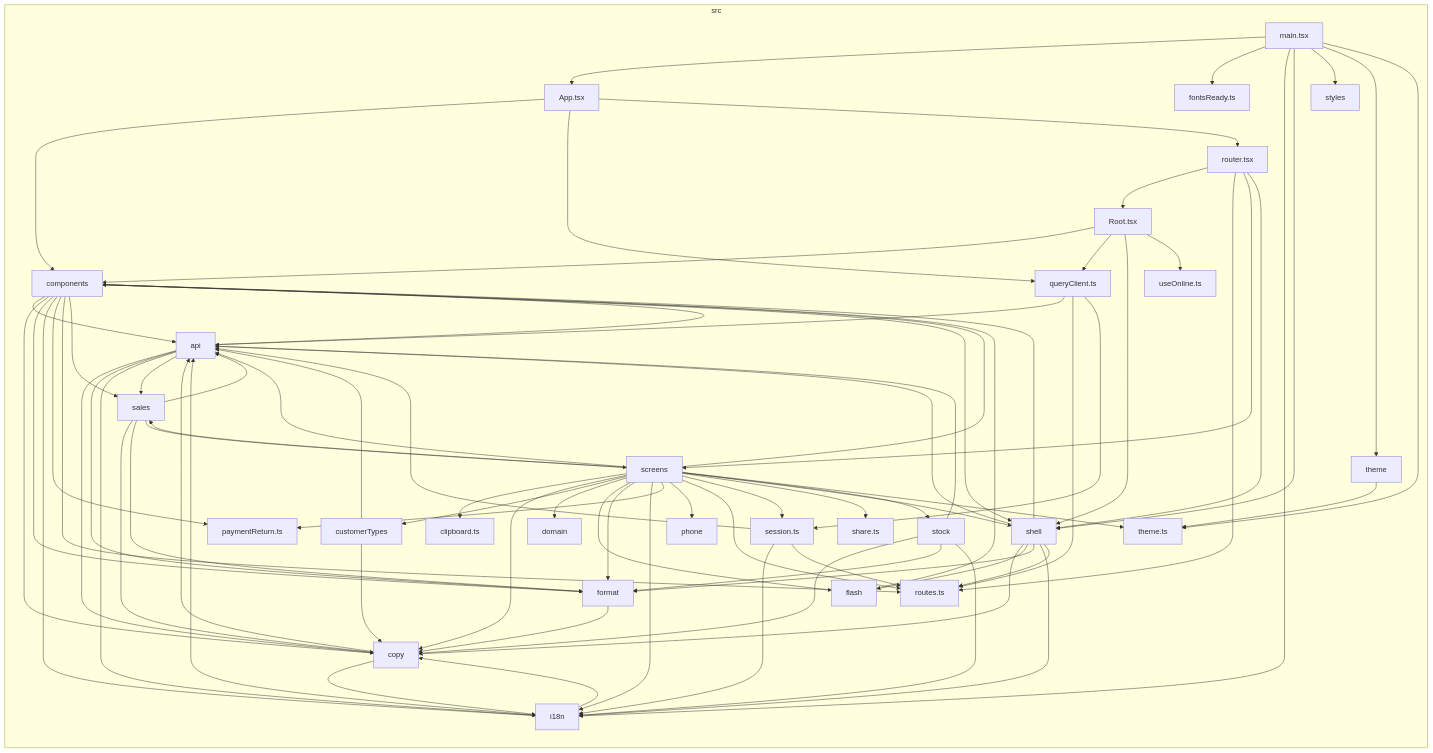
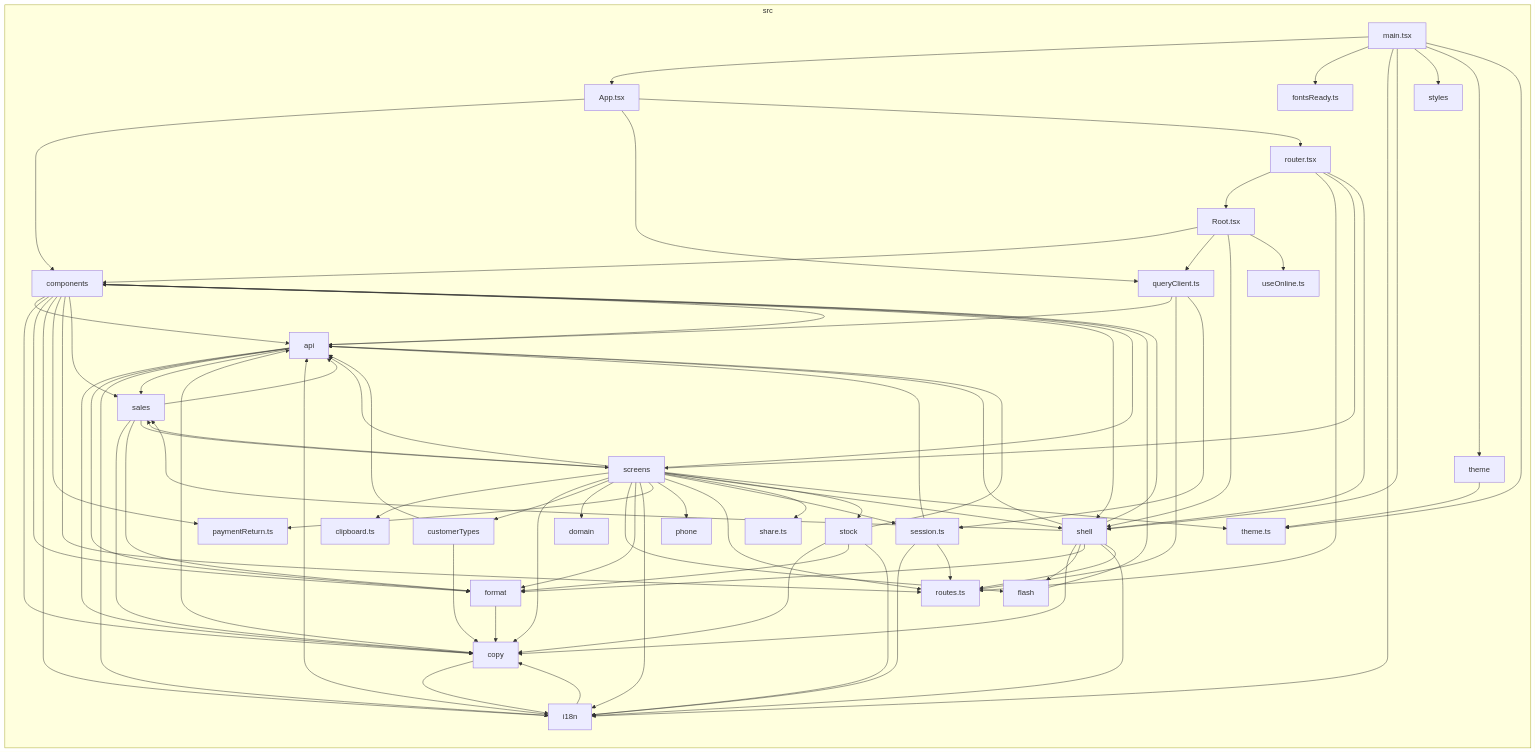
One commit to GonzaloZevallos/apostrophe changed the diagram in docs/architecture/generated/front-modules/overview.md. Above: the diagram before and after it, drawn with Mermaid. The commit also changed 1 other file, not shown here.

Commit message:
chore(docs): regenerate [skip ci]

```diff
--- a/docs/architecture/generated/front-modules/overview.md
+++ b/docs/architecture/generated/front-modules/overview.md
@@ -110,6 +110,7 @@
 src_shell-->src_format
 src_shell-->src_i18n
 src_shell-->src_routes_ts
+src_shell-->src_sales
 src_stock-->src_api
 src_stock-->src_copy
 src_stock-->src_format
```
